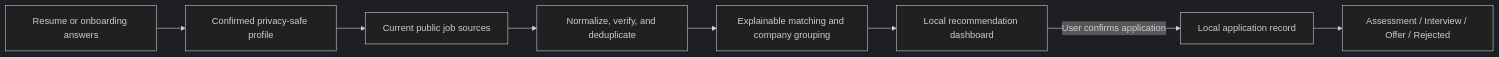
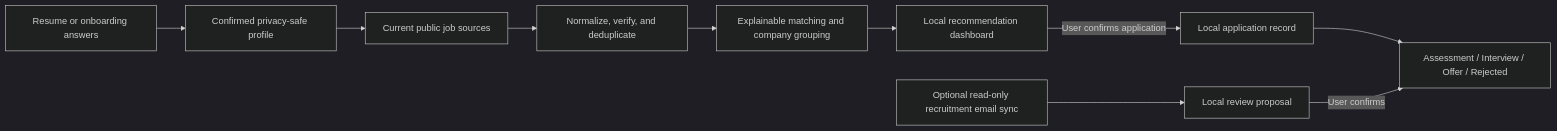
The diagram in README.md (guiyangyuan/job-radar), drawn with Mermaid (dark theme) before and after one commit. The commit also changed other lines of this file and 22 other files, not shown here.

Commit message:
feat: add recruitment email progress sync

````diff
--- a/README.md
+++ b/README.md
@@ -48,10 +55,12 @@
 ```mermaid
 flowchart LR
     A["Resume or onboarding answers"] --> B["Confirmed privacy-safe profile"]
     B --> C["Current public job sources"]
     C --> D["Normalize, verify, and deduplicate"]
     D --> E["Explainable matching and company grouping"]
     E --> F["Local recommendation dashboard"]
     F -->|"User confirms application"| G["Local application record"]
     G --> H["Assessment / Interview / Offer / Rejected"]
+    I["Optional read-only recruitment email sync"] --> J["Local review proposal"]
+    J -->|"User confirms"| H
 ```
````
